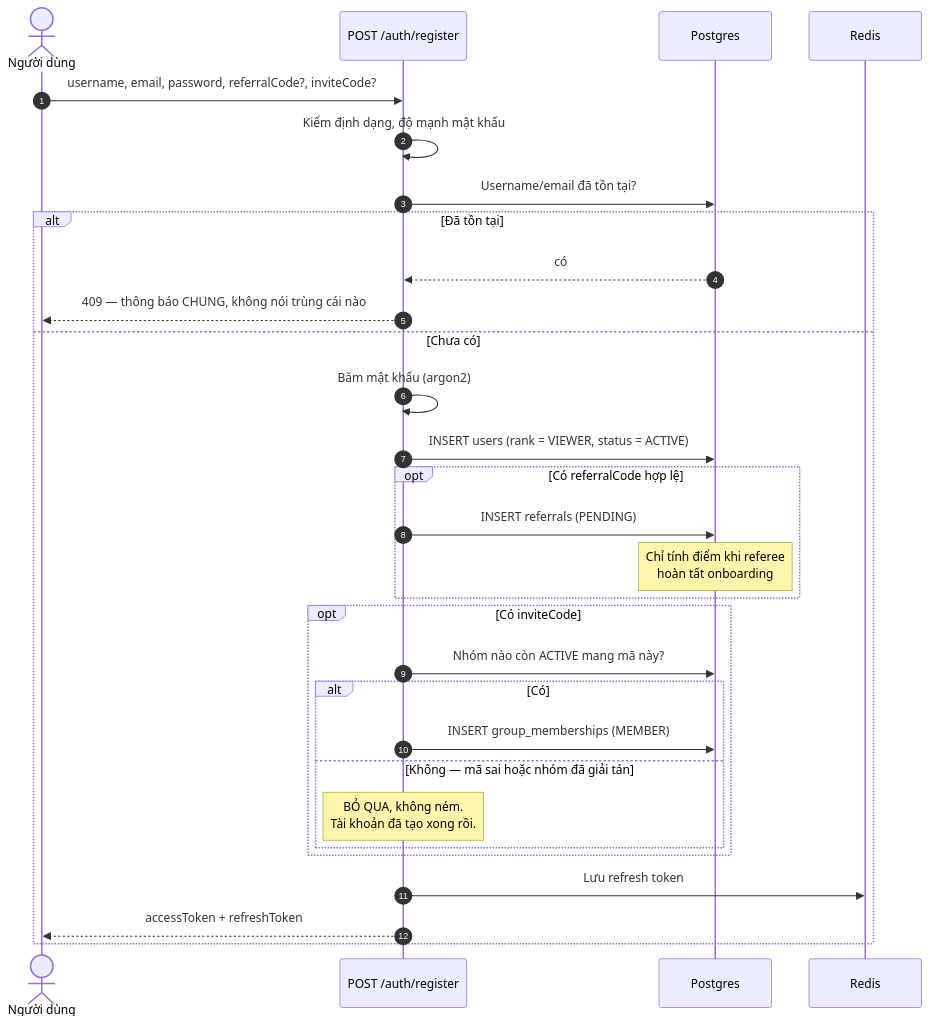
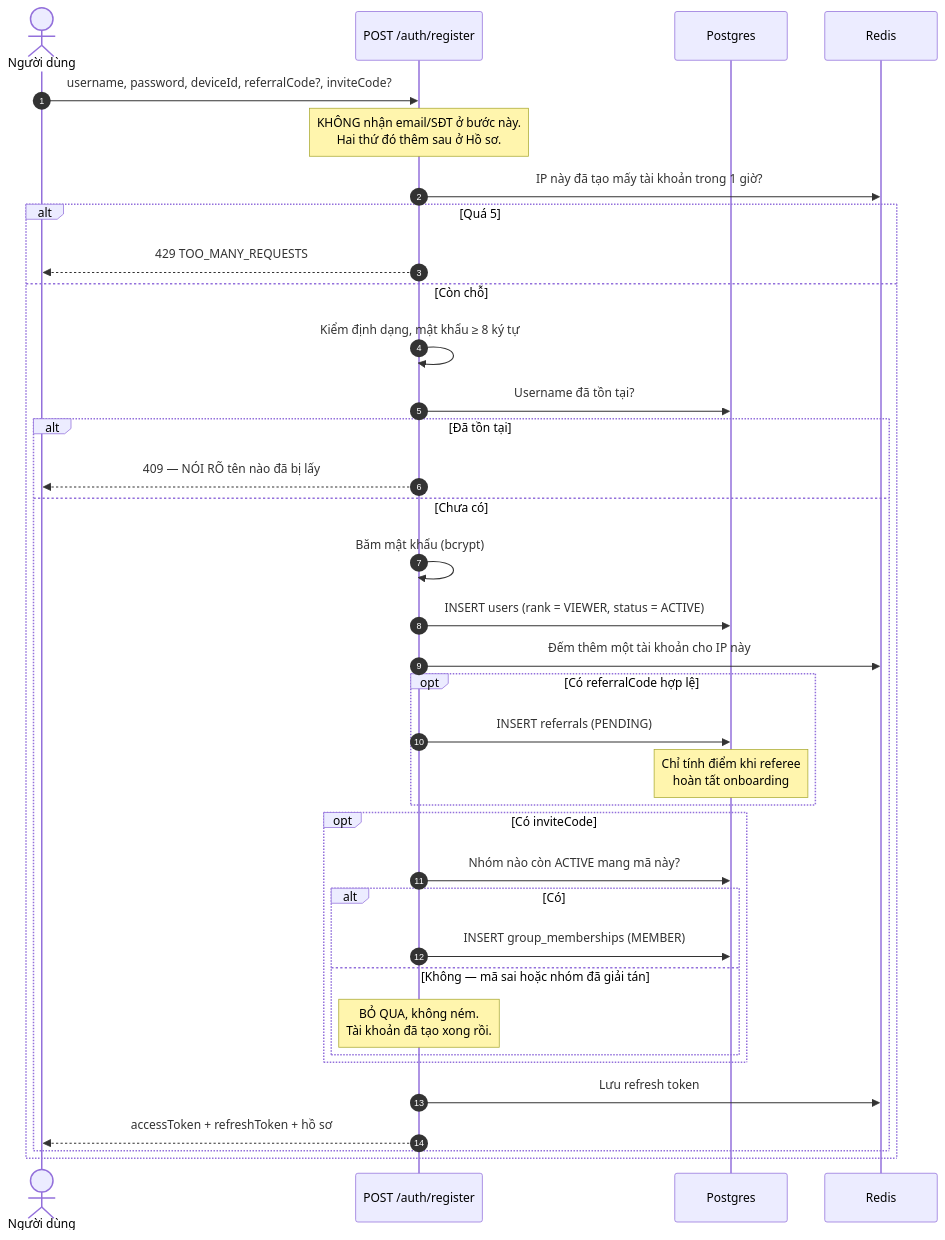
The first of 6 diagrams in docs/diagram/01-auth.md (fdshn/trueheart), drawn with Mermaid before and after one commit. The commit also changed other lines of this file and 65 other files, not shown here.

First line of the commit message:
feat(auth): xác minh email, đổi mật khẩu, và ba lỗ phiên đăng nhập

````diff
--- a/docs/diagram/01-auth.md
+++ b/docs/diagram/01-auth.md
@@ -7,33 +20,39 @@
 ```mermaid
 sequenceDiagram
     autonumber
     actor U as Người dùng
     participant API as POST /auth/register
     participant DB as Postgres
     participant R as Redis
 
-    U->>API: username, email, password, referralCode?, inviteCode?
-    API->>API: Kiểm định dạng, độ mạnh mật khẩu
-    API->>DB: Username/email đã tồn tại?
-    alt Đã tồn tại
-        DB-->>API: có
-        API-->>U: 409 — thông báo CHUNG, không nói trùng cái nào
-    else Chưa có
-        API->>API: Băm mật khẩu (argon2)
-        API->>DB: INSERT users (rank = VIEWER, status = ACTIVE)
-        opt Có referralCode hợp lệ
-            API->>DB: INSERT referrals (PENDING)
-            Note over DB: Chỉ tính điểm khi referee<br/>hoàn tất onboarding
+    U->>API: username, password, deviceId, referralCode?, inviteCode?
+    Note over API: KHÔNG nhận email/SĐT ở bước này.<br/>Hai thứ đó thêm sau ở Hồ sơ.
+    API->>R: IP này đã tạo mấy tài khoản trong 1 giờ?
+    alt Quá 5
+        API-->>U: 429 TOO_MANY_REQUESTS
+    else Còn chỗ
+        API->>API: Kiểm định dạng, mật khẩu ≥ 8 ký tự
+        API->>DB: Username đã tồn tại?
+        alt Đã tồn tại
+            API-->>U: 409 — NÓI RÕ tên nào đã bị lấy
+        else Chưa có
+            API->>API: Băm mật khẩu (bcrypt)
+            API->>DB: INSERT users (rank = VIEWER, status = ACTIVE)
+            API->>R: Đếm thêm một tài khoản cho IP này
+            opt Có referralCode hợp lệ
+                API->>DB: INSERT referrals (PENDING)
+                Note over DB: Chỉ tính điểm khi referee<br/>hoàn tất onboarding
+            end
+            opt Có inviteCode
+                API->>DB: Nhóm nào còn ACTIVE mang mã này?
+                alt Có
+                    API->>DB: INSERT group_memberships (MEMBER)
+                else Không — mã sai hoặc nhóm đã giải tán
+                    Note over API: BỎ QUA, không ném.<br/>Tài khoản đã tạo xong rồi.
+                end
+            end
+            API->>R: Lưu refresh token
+            API-->>U: accessToken + refreshToken + hồ sơ
         end
-        opt Có inviteCode
-            API->>DB: Nhóm nào còn ACTIVE mang mã này?
-            alt Có
-                API->>DB: INSERT group_memberships (MEMBER)
-            else Không — mã sai hoặc nhóm đã giải tán
-                Note over API: BỎ QUA, không ném.<br/>Tài khoản đã tạo xong rồi.
-            end
-        end
-        API->>R: Lưu refresh token
-        API-->>U: accessToken + refreshToken
     end
 ```
````
